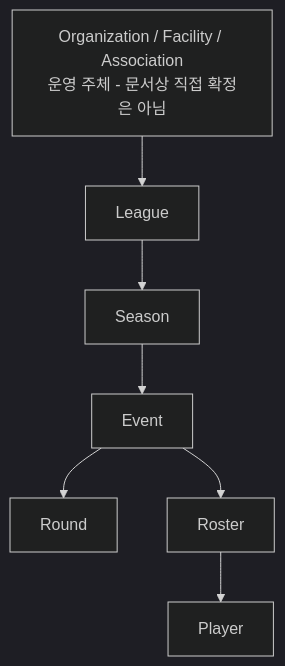
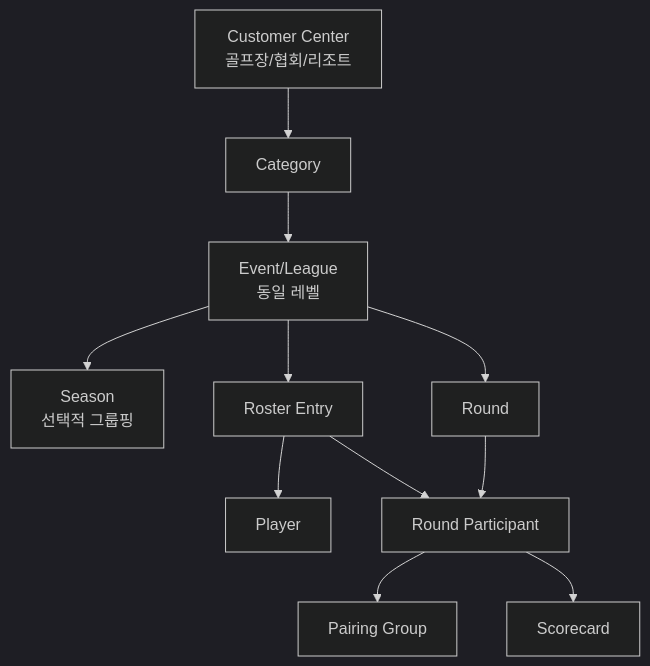
Before and after one commit to erichshan/golf-genius: the first of 6 diagrams in docs/design/data-model.md, drawn with Mermaid (dark theme). The commit also changed other lines of this file and 9 other files, not shown here.

````diff
--- a/docs/design/data-model.md
+++ b/docs/design/data-model.md
@@ -9,9 +9,13 @@
 ```mermaid
 flowchart TD
-    A[Organization / Facility / Association\n운영 주체 - 문서상 직접 확정은 아님] --> B[League]
-    B --> C[Season]
-    C --> D[Event]
-    D --> E[Round]
-    D --> F[Roster]
+    A[Customer Center\n골프장/협회/리조트] --> B[Category]
+    B --> C[Event/League\n동일 레벨]
+    C --> D[Season\n선택적 그룹핑]
+    C --> E[Round]
+    C --> F[Roster Entry]
     F --> G[Player]
+    E --> H[Round Participant]
+    F --> H
+    H --> I[Pairing Group]
+    H --> J[Scorecard]
 ```
````
